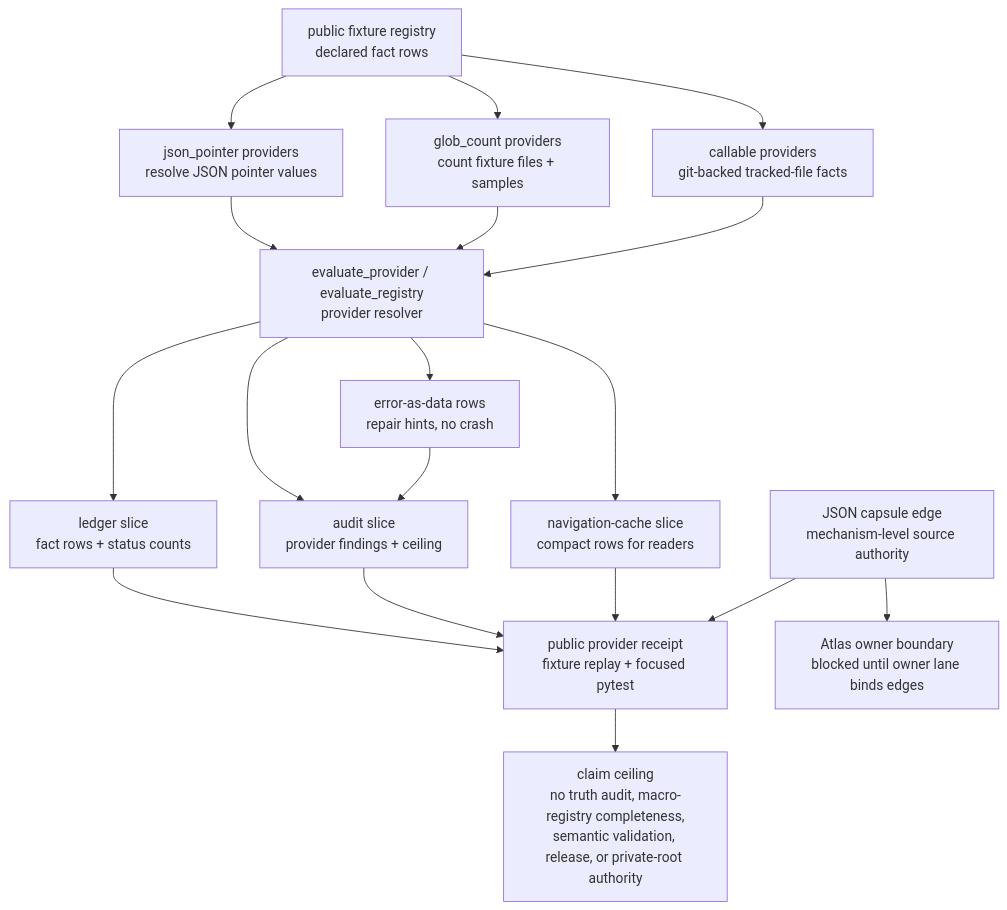
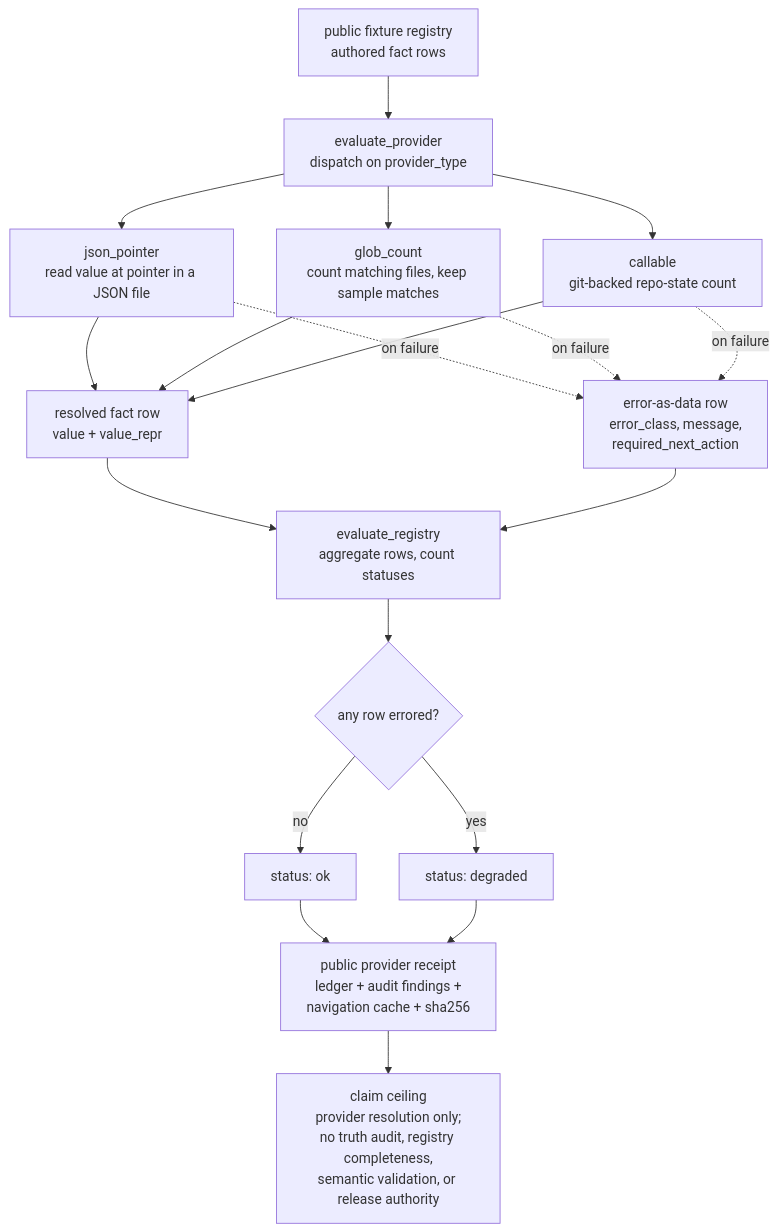
Before and after one commit to wcook04/plectis: the diagram in paper_modules/engine_room_derived_fact_provider_engine.md, drawn with Mermaid. The commit also changed other lines of this file and 90 other files, not shown here.

First line of the commit message:
microcosm: enrich public paper-module prose and Shape diagrams (91 modules)

````diff
--- a/paper_modules/engine_room_derived_fact_provider_engine.md
+++ b/paper_modules/engine_room_derived_fact_provider_engine.md
@@ -21,34 +49,35 @@
 ```mermaid
 flowchart TD
-  Registry["public fixture registry<br/>declared fact rows"]
-  JsonPointer["json_pointer providers<br/>resolve JSON pointer values"]
-  GlobCount["glob_count providers<br/>count fixture files + samples"]
-  Callable["callable providers<br/>git-backed tracked-file facts"]
-  Provider["evaluate_provider / evaluate_registry<br/>provider resolver"]
-  ErrorRows["error-as-data rows<br/>repair hints, no crash"]
-  Ledger["ledger slice<br/>fact rows + status counts"]
-  Audit["audit slice<br/>provider findings + ceiling"]
-  NavigationCache["navigation-cache slice<br/>compact rows for readers"]
-  Receipt["public provider receipt<br/>fixture replay + focused pytest"]
-  Capsule["JSON capsule edge<br/>mechanism-level source authority"]
-  AtlasBoundary["Atlas owner boundary<br/>blocked until owner lane binds edges"]
-  Ceiling["claim ceiling<br/>no truth audit, macro-registry completeness,<br/>semantic validation, release, or private-root authority"]
+  Registry["public fixture registry<br/>authored fact rows"]
+  Resolver["evaluate_provider<br/>dispatch on provider_type"]
+  JsonPointer["json_pointer<br/>read value at pointer in a JSON file"]
+  GlobCount["glob_count<br/>count matching files, keep sample matches"]
+  Callable["callable<br/>git-backed repo-state count"]
+  Resolved["resolved fact row<br/>value + value_repr"]
+  ErrorRow["error-as-data row<br/>error_class, message,<br/>required_next_action"]
+  Registry2["evaluate_registry<br/>aggregate rows, count statuses"]
+  Status{"any row errored?"}
+  Ok["status: ok"]
+  Degraded["status: degraded"]
+  Receipt["public provider receipt<br/>ledger + audit findings +<br/>navigation cache + sha256"]
+  Ceiling["claim ceiling<br/>provider resolution only;<br/>no truth audit, registry completeness,<br/>semantic validation, or release authority"]
 
-  Registry --> JsonPointer
-  Registry --> GlobCount
-  Registry --> Callable
-  JsonPointer --> Provider
-  GlobCount --> Provider
-  Callable --> Provider
-  Provider --> Ledger
-  Provider --> Audit
-  Provider --> NavigationCache
-  Provider --> ErrorRows
-  ErrorRows --> Audit
-  Ledger --> Receipt
-  Audit --> Receipt
-  NavigationCache --> Receipt
-  Capsule --> Receipt
+  Registry --> Resolver
+  Resolver --> JsonPointer
+  Resolver --> GlobCount
+  Resolver --> Callable
+  JsonPointer --> Resolved
+  GlobCount --> Resolved
+  Callable --> Resolved
+  JsonPointer -. on failure .-> ErrorRow
+  GlobCount -. on failure .-> ErrorRow
+  Callable -. on failure .-> ErrorRow
+  Resolved --> Registry2
+  ErrorRow --> Registry2
+  Registry2 --> Status
+  Status -- no --> Ok
+  Status -- yes --> Degraded
+  Ok --> Receipt
+  Degraded --> Receipt
   Receipt --> Ceiling
-  Capsule --> AtlasBoundary
 ```
````
